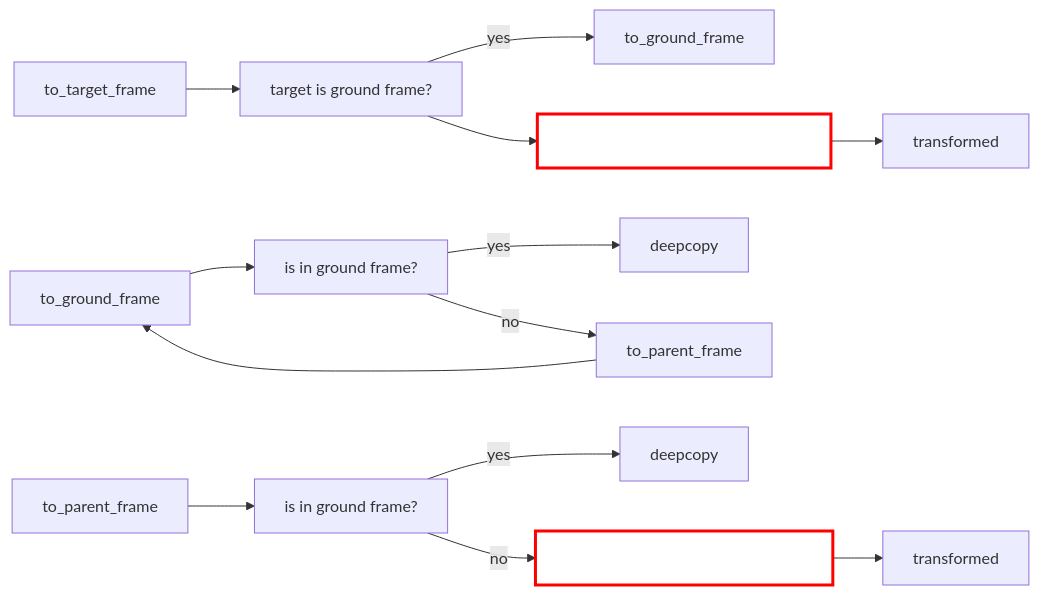
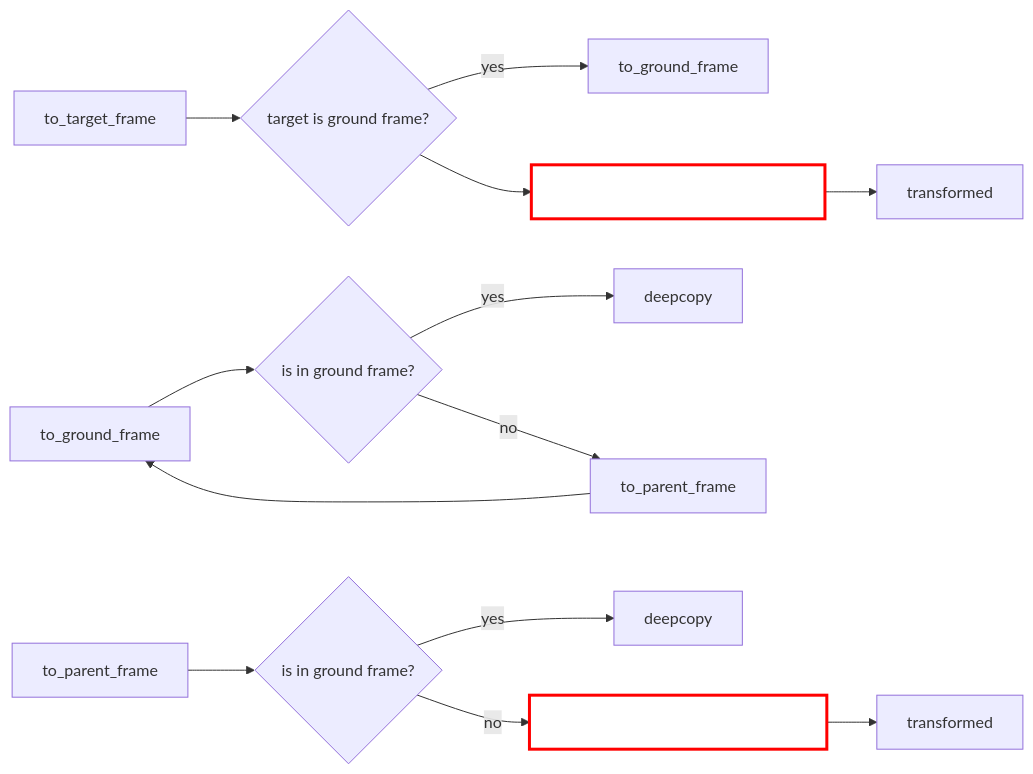
One commit to TalbotKnighton/djin changed the sixth of 6 diagrams in docs/index.md. Above: the diagram before and after it, drawn with Mermaid. The commit also changed other lines of this file and 19 other files, not shown here.

````diff
--- a/docs/index.md
+++ b/docs/index.md
@@ -99,40 +267,40 @@
 ```mermaid
 graph LR
 
 
     to_parent_frame_1[to_parent_frame]
     to_ground_frame_1[to_ground_frame]
     to_target_frame[to_target_frame]
 
     to_ground_frame_2[to_ground_frame]
-    in_ground_frame_1["is in ground frame?"]
-    in_ground_frame_2["is in ground frame?"]
+    in_ground_frame_1{"is in ground frame?"}
+    in_ground_frame_2{"is in ground frame?"}
     to_parent_frame_2[to_parent_frame]
     get_components_in_parent_frame["get_components_in_parent_frame"]
     get_components_in_target_frame["get_components_in_target_frame"]
     transformed_1["transformed"]
     transformed_2["transformed"]
     deepcopy_1["deepcopy"]
     deepcopy_2["deepcopy"]
-    target_is_ground["target is ground frame?"]
+    target_is_ground{"target is ground frame?"}
 
     to_parent_frame_1 --> in_ground_frame_1
     in_ground_frame_1 -- "yes" --> deepcopy_1
     in_ground_frame_1 -- "no" --> get_components_in_parent_frame
     get_components_in_parent_frame --> transformed_1
 
     to_ground_frame_1 --> in_ground_frame_2
     in_ground_frame_2 -- "yes" --> deepcopy_2
     in_ground_frame_2 -- "no" --> to_parent_frame_2
     to_parent_frame_2 --> to_ground_frame_1
 
     to_target_frame --> target_is_ground
     target_is_ground -- "yes" --> to_ground_frame_2
     target_is_ground --> get_components_in_target_frame
     get_components_in_target_frame -->  transformed_2
 
     classDef red fill:none,stroke:#ff0000,color:#FFFFFF,stroke-width:3px;
     class get_components_in_parent_frame red;
     class get_components_in_target_frame red;
 
 ```
````
